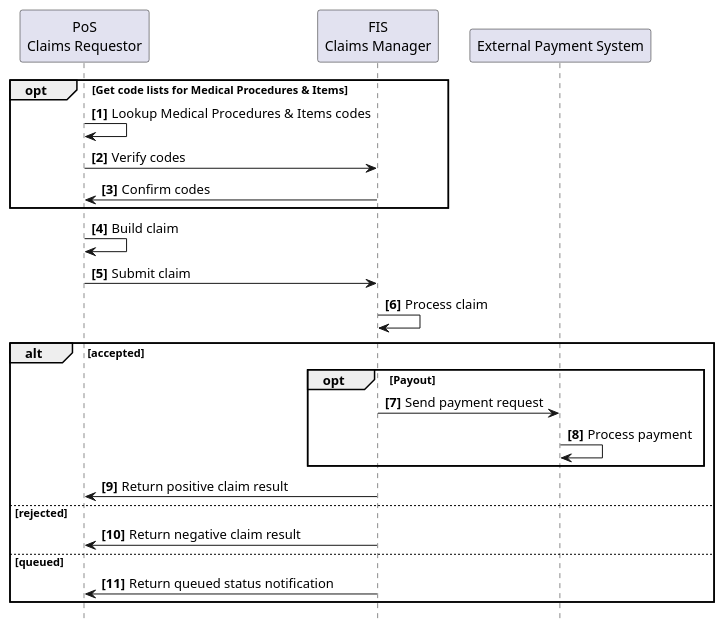
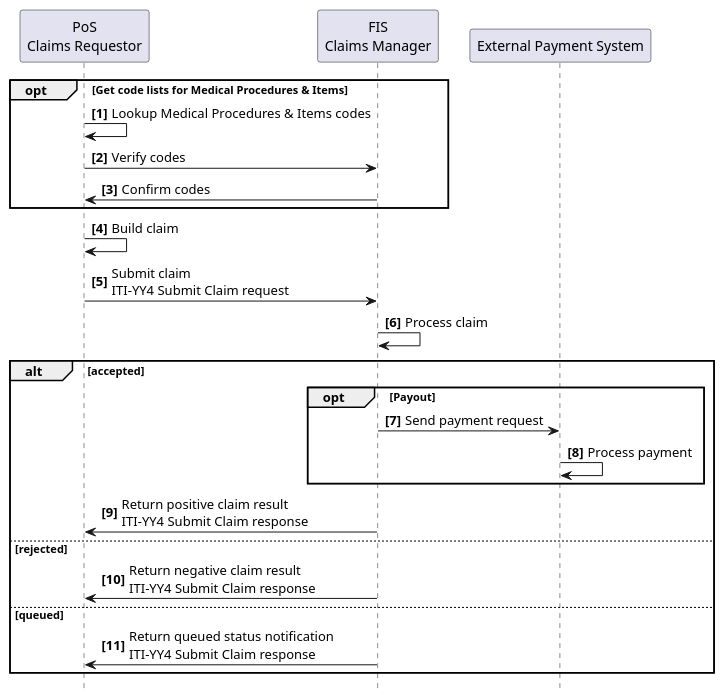
One commit to IHE/ITI.Finance changed the diagram in input/images-source/usecase4-processflow.plantuml. Above: the diagram before and after it, drawn with PlantUML. The commit also changed 9 other files, not shown here.

```diff
--- a/input/images-source/usecase4-processflow.plantuml
+++ b/input/images-source/usecase4-processflow.plantuml
@@ -1,33 +1,33 @@
 @startuml
 skinparam svgDimensionStyle false
 hide footbox
 autonumber "<b>[0]"
 
 participant "PoS\nClaims Requestor" as App
 participant "FIS\nClaims Manager" as FIS
 participant "External Payment System" as EXT
 
 
 opt Get code lists for Medical Procedures & Items
 	App -> App: Lookup Medical Procedures & Items codes
 	App -> FIS: Verify codes
 	FIS -> App: Confirm codes
 end opt
  
 App -> App: Build claim
-App -> FIS: Submit claim
+App -> FIS: Submit claim\nITI-YY4 Submit Claim request
 FIS -> FIS: Process claim
 
 alt accepted
 	opt Payout
 		FIS->EXT: Send payment request
    	EXT->EXT: Process payment
 	end opt
-	FIS -> App: Return positive claim result
+	FIS -> App: Return positive claim result\nITI-YY4 Submit Claim response
 else rejected
-	FIS -> App: Return negative claim result
+	FIS -> App: Return negative claim result\nITI-YY4 Submit Claim response
 else queued
-	FIS -> App: Return queued status notification
+	FIS -> App: Return queued status notification\nITI-YY4 Submit Claim response
 end
 
 @enduml
```
